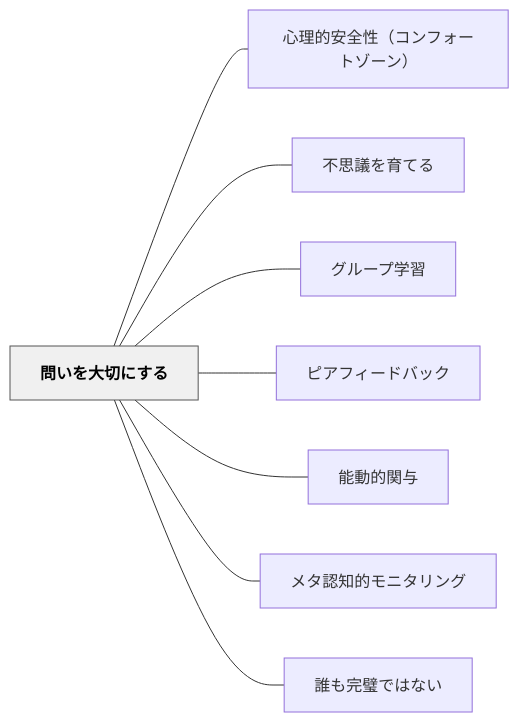
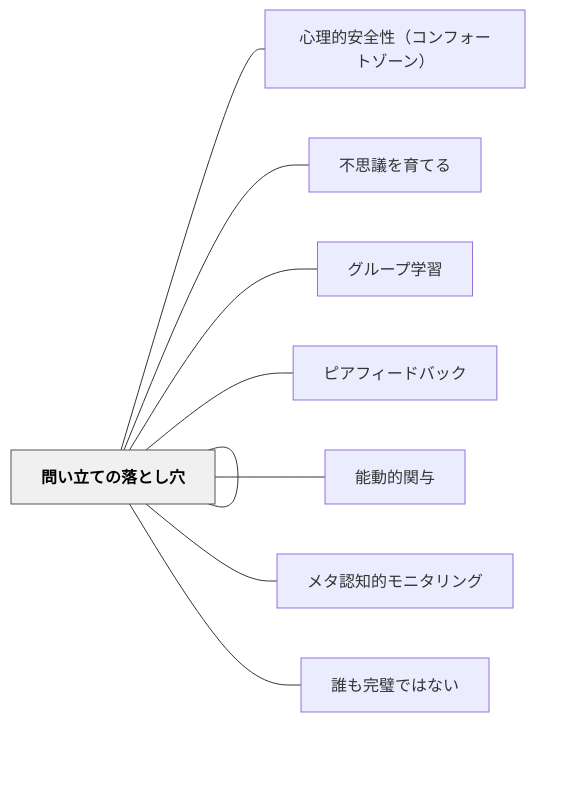
The diagram in content/パタン/問いを大切にする.md (unknownthings-ed-patterns/unknownthings-ed-patterns), drawn with Mermaid before and after one commit. The commit also changed other lines of this file and 17 other files, not shown here.

````diff
--- a/content/パタン/問いを大切にする.md
+++ b/content/パタン/問いを大切にする.md
@@ -80,22 +81,24 @@
 ```mermaid
 flowchart LR
     ne5958fe38184["問いを大切にする"]
     ne5bf83e79086["心理的安全性（コンフォートゾーン）"]
     ne4b88de6809d["不思議を育てる"]
     ne382b0e383ab["グループ学習"]
     ne38394e382a2["ピアフィードバック"]
     ne883bde58b95["能動的関与"]
     ne383a1e382bf["メタ認知的モニタリング"]
     ne8aab0e38282["誰も完璧ではない"]
+    ne5958fe38184["問い立ての落とし穴"]
 
     ne5958fe38184 --- ne5bf83e79086
     ne5958fe38184 --- ne4b88de6809d
     ne5958fe38184 --- ne382b0e383ab
     ne5958fe38184 --- ne38394e382a2
     ne5958fe38184 --- ne883bde58b95
     ne5958fe38184 --- ne383a1e382bf
     ne5958fe38184 --- ne8aab0e38282
+    ne5958fe38184 --- ne5958fe38184
 
     classDef hub fill:#f0f0f0,stroke:#555,color:#000,font-weight:bold
     class ne5958fe38184 hub
 ```
````
